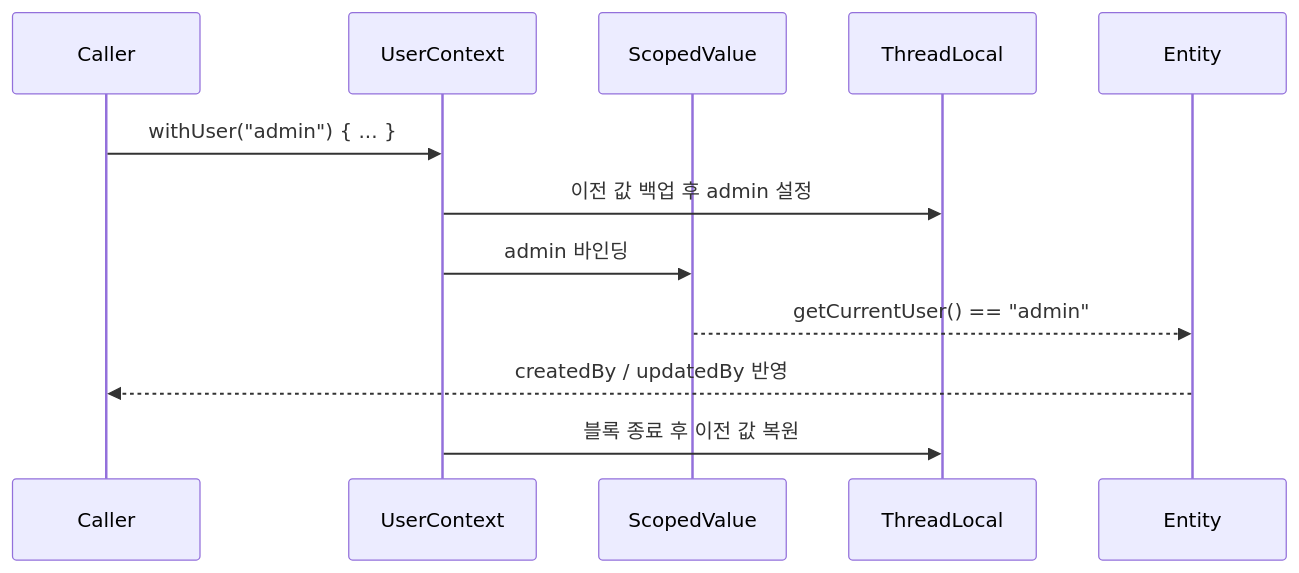
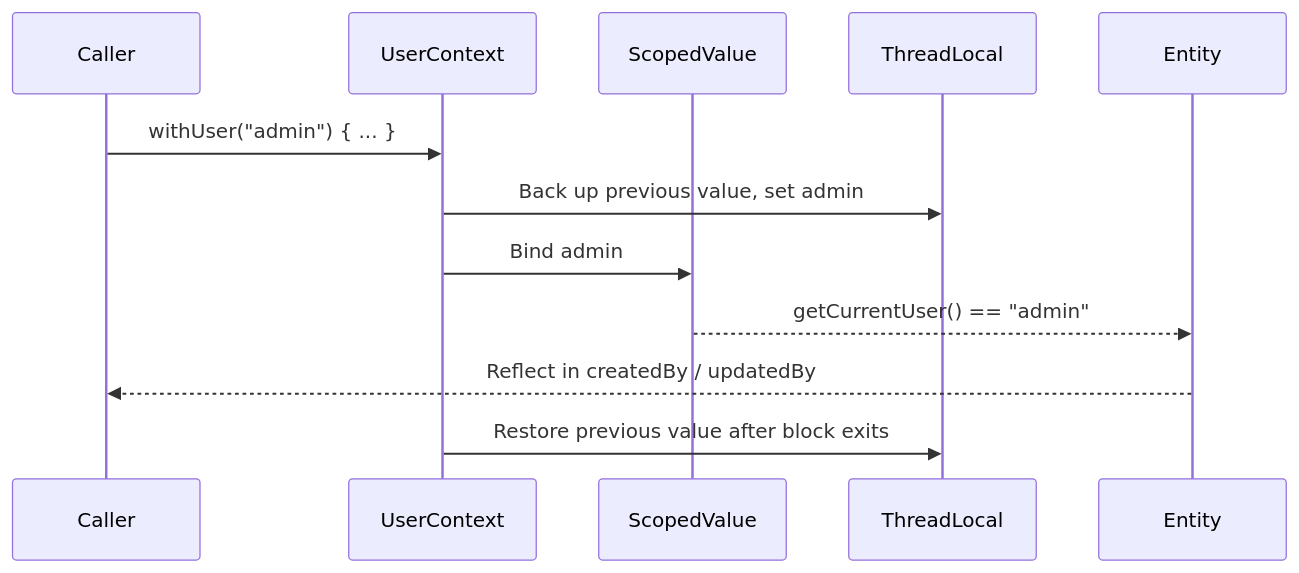
Before and after one commit to bluetape4k/bluetape4k-projects: the fifth of 5 diagrams in data/exposed-core/README.md, drawn with Mermaid. The commit also changed other lines of this file and 265 other files, not shown here.

````diff
--- a/data/exposed-core/README.md
+++ b/data/exposed-core/README.md
@@ -413,15 +415,15 @@
 ```mermaid
 sequenceDiagram
     participant Caller
     participant UserContext
     participant ScopedValue
     participant ThreadLocal
     participant Entity
 
     Caller->>UserContext: withUser("admin") { ... }
-    UserContext->>ThreadLocal: 이전 값 백업 후 admin 설정
-    UserContext->>ScopedValue: admin 바인딩
+    UserContext->>ThreadLocal: Back up previous value, set admin
+    UserContext->>ScopedValue: Bind admin
     ScopedValue-->>Entity: getCurrentUser() == "admin"
-    Entity-->>Caller: createdBy / updatedBy 반영
-    UserContext->>ThreadLocal: 블록 종료 후 이전 값 복원
+    Entity-->>Caller: Reflect in createdBy / updatedBy
+    UserContext->>ThreadLocal: Restore previous value after block exits
 ```
````
